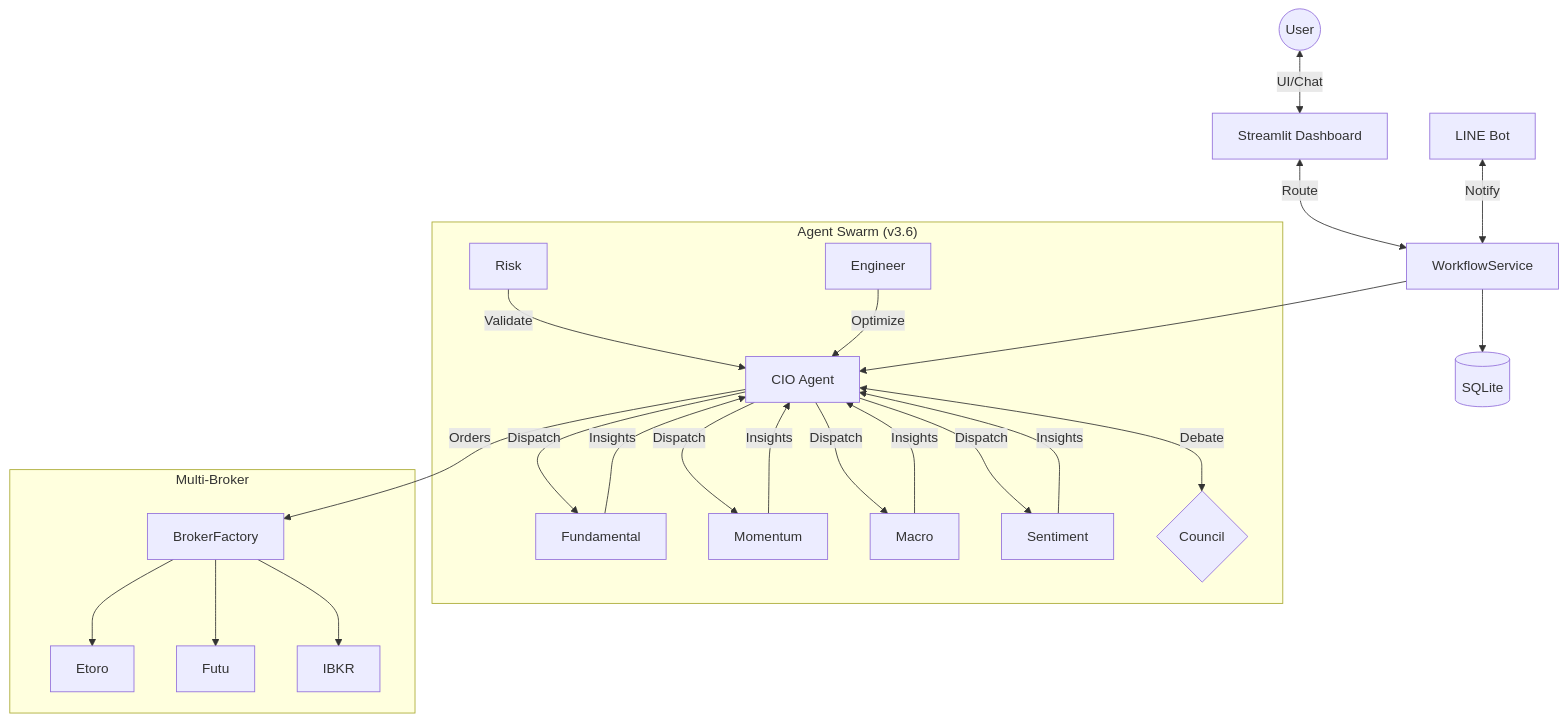
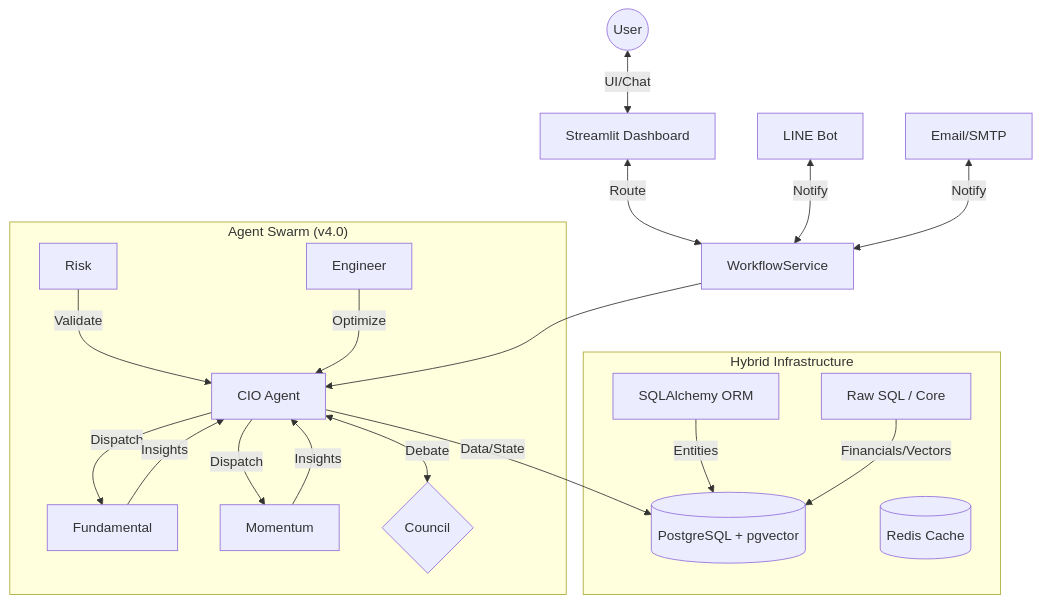
One commit to neohsiung/AI-Investment-Advisor changed the diagram in README.md. Above: the diagram before and after it, drawn with Mermaid. The commit also changed other lines of this file and 4 other files, not shown here.

First line of the commit message:
fix: stabilize infrastructure and resolve architectural debt

````diff
--- a/README.md
+++ b/README.md
@@ -56,32 +54,32 @@
 ```mermaid
 graph TD
     User((User)) <-->|UI/Chat| DASH[Streamlit Dashboard]
     DASH <-->|Route| WF[WorkflowService]
     LINE[LINE Bot] <-->|Notify| WF
+    EMAIL[Email/SMTP] <-->|Notify| WF
 
-    subgraph "Agent Swarm (v3.6)"
+    subgraph "Agent Swarm (v4.0)"
         CIO[CIO Agent]
         FUND[Fundamental]
         MOM[Momentum]
-        MACRO[Macro]
-        SENT[Sentiment]
         RISK[Risk]
         ENG[Engineer]
         
-        CIO -->|Dispatch| FUND & MOM & MACRO & SENT
-        FUND & MOM & MACRO & SENT -->|Insights| CIO
+        CIO -->|Dispatch| FUND & MOM
+        FUND & MOM -->|Insights| CIO
         CIO <-->|Debate| COUNCIL{Council}
         RISK -->|Validate| CIO
         ENG -->|Optimize| CIO
     end
 
-    subgraph "Multi-Broker"
-        BF[BrokerFactory]
-        ET[Etoro] & FU[Futu] & IK[IBKR]
-        BF --> ET & FU & IK
+    subgraph "Hybrid Infrastructure"
+        DB[(PostgreSQL + pgvector)]
+        RD[(Redis Cache)]
+        
+        ORM[SQLAlchemy ORM] -->|Entities| DB
+        SQL[Raw SQL / Core] -->|Financials/Vectors| DB
     end
 
     WF --> CIO
-    CIO -->|Orders| BF
-    WF --> DB[(SQLite)]
+    CIO -->|Data/State| DB
 ```
````
